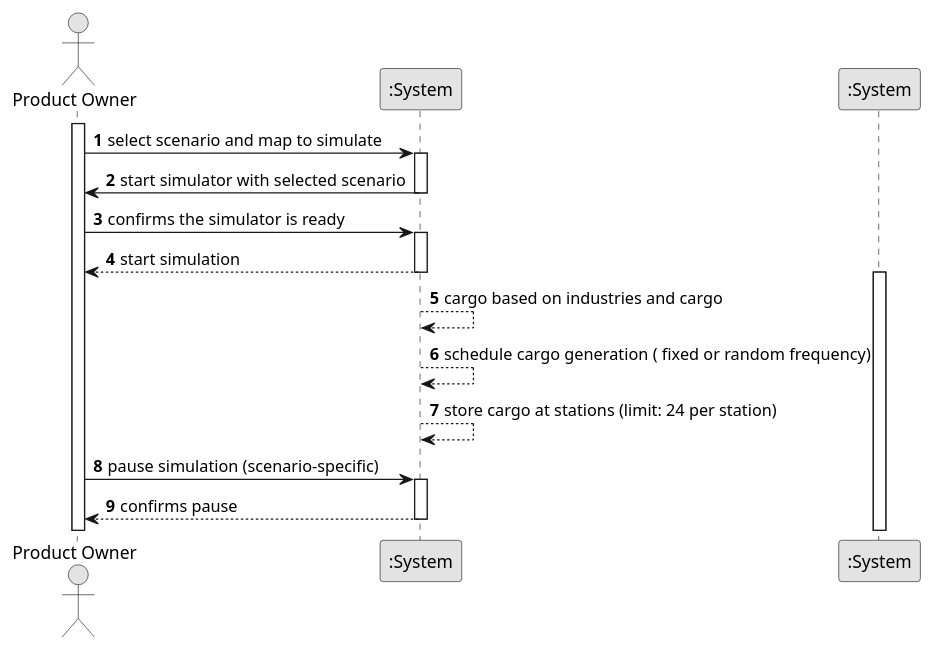
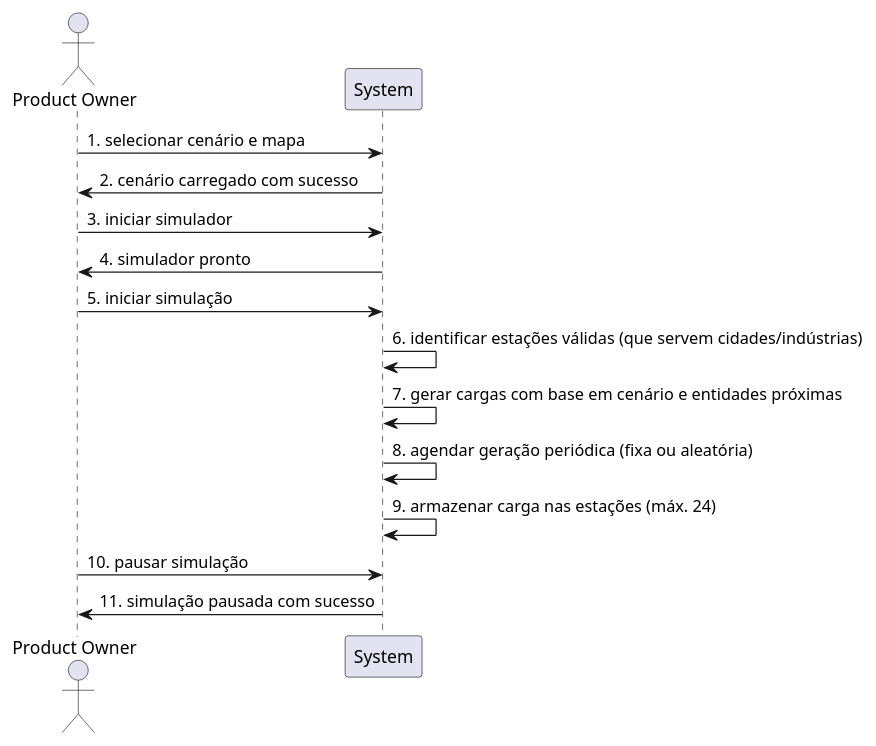
Before and after one commit to Andremonteiro1240850/railway_simulator: the diagram in Sprint2/US12/01.requirements-engineering.us12/puml/us12Diagram.puml, drawn with PlantUML. The commit also changed 2 other files, not shown here.

```diff
--- a/Sprint2/US12/01.requirements-engineering.us12/puml/us12Diagram.puml
+++ b/Sprint2/US12/01.requirements-engineering.us12/puml/us12Diagram.puml
@@ -1,39 +1,23 @@
 @startuml
-skinparam monochrome true
-skinparam packageStyle rectangle
-skinparam shadowing false
-
-autonumber
-
 actor "Product Owner" as PO
-participant ":System" as System
-
-activate PO
-
-    PO -> System : select scenario and map to simulate
-        activate System
-
-    System -> PO :  start simulator with selected scenario
-    deactivate System
-
-    PO -> System : confirms the simulator is ready
-        activate System
-
-    System --> PO : start simulation
-        deactivate System
-
-   activate ":System"
-        System --> System : cargo based on industries and cargo
-        System --> System : schedule cargo generation ( fixed or random frequency)
-        System --> System : store cargo at stations (limit: 24 per station)
-
-
-    PO -> System : pause simulation (scenario-specific)
-        activate System
-
-    System --> PO : confirms pause
-        deactivate System
+participant System
 
 
 
+PO -> System : 1. selecionar cenário e mapa
+System -> PO : 2. cenário carregado com sucesso
+
+PO -> System : 3. iniciar simulador
+System -> PO : 4. simulador pronto
+
+PO -> System : 5. iniciar simulação
+
+System -> System : 6. identificar estações válidas (que servem cidades/indústrias)
+System -> System : 7. gerar cargas com base em cenário e entidades próximas
+System -> System : 8. agendar geração periódica (fixa ou aleatória)
+System -> System : 9. armazenar carga nas estações (máx. 24)
+
+
+PO -> System : 10. pausar simulação
+System -> PO : 11. simulação pausada com sucesso
 @enduml
```
